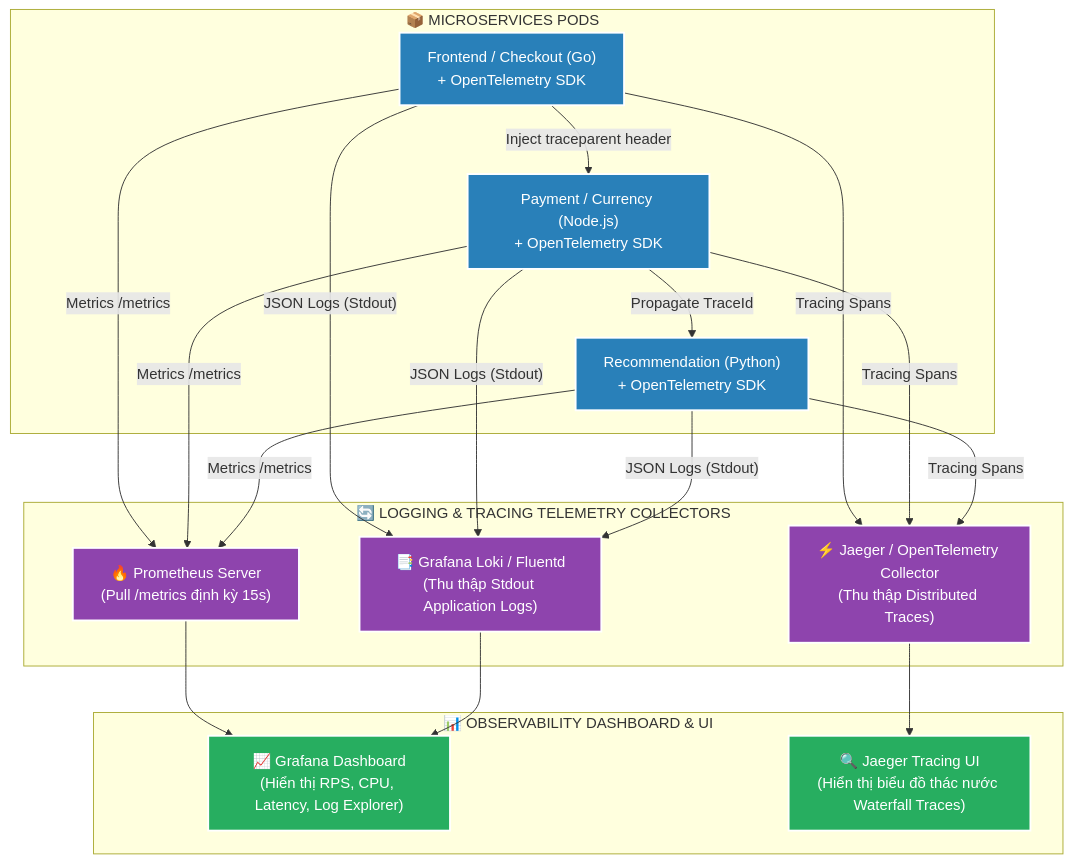
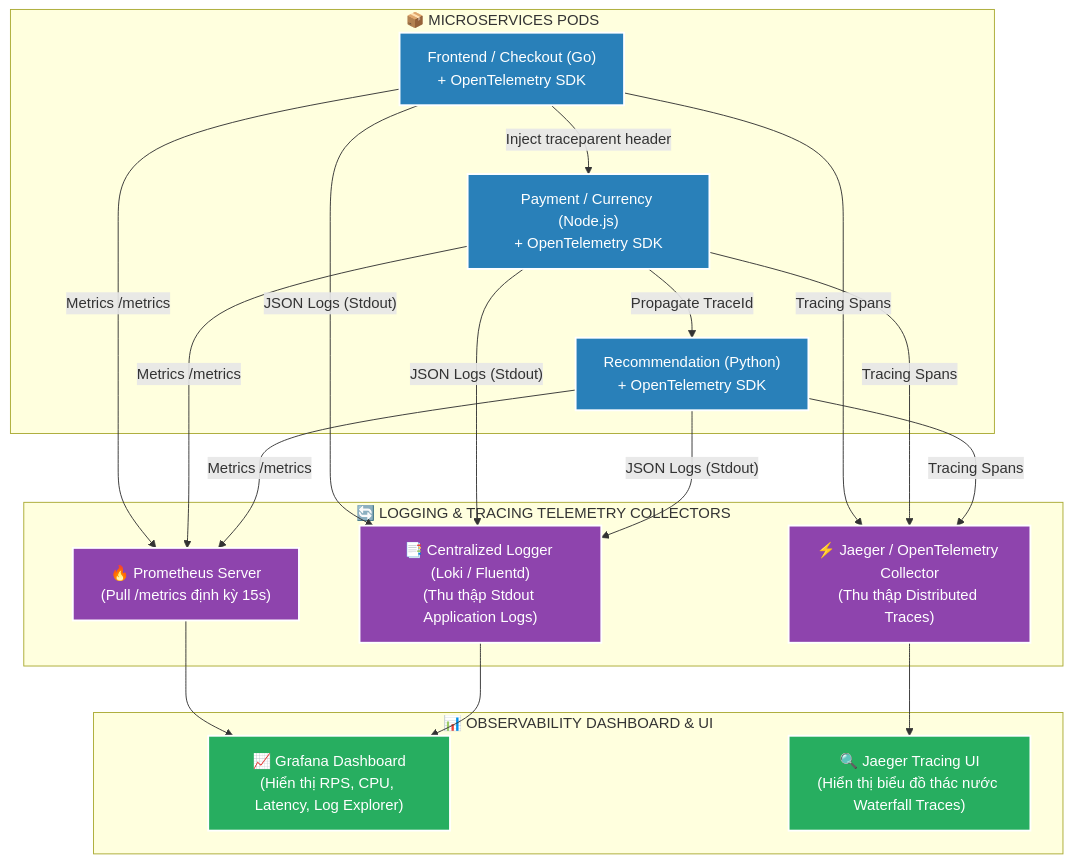
Before and after one commit to Bubusr/FULL_KTPM: the sixth of 8 diagrams in Refine1_5.md, drawn with Mermaid. The commit also changed other lines of this file and 21 other files, not shown here.

````diff
--- a/Refine1_5.md
+++ b/Refine1_5.md
@@ -516,42 +338,42 @@
 ```mermaid
 graph TD
     classDef appStyle fill:#2980b9,stroke:#fff,stroke-width:2px,color:#fff;
     classDef collectorStyle fill:#8e44ad,stroke:#fff,stroke-width:2px,color:#fff;
     classDef uiStyle fill:#27ae60,stroke:#fff,stroke-width:2px,color:#fff;
 
     subgraph APPS["📦 MICROSERVICES PODS"]
         AppGo["Frontend / Checkout (Go)<br>+ OpenTelemetry SDK"]:::appStyle
         AppNode["Payment / Currency (Node.js)<br>+ OpenTelemetry SDK"]:::appStyle
         AppPy["Recommendation (Python)<br>+ OpenTelemetry SDK"]:::appStyle
     end
 
     subgraph COLLECTORS["🔄 LOGGING & TRACING TELEMETRY COLLECTORS"]
         Prom["🔥 Prometheus Server<br>(Pull /metrics định kỳ 15s)"]:::collectorStyle
         Jaeger["⚡ Jaeger / OpenTelemetry Collector<br>(Thu thập Distributed Traces)"]:::collectorStyle
-        Loki["📑 Grafana Loki / Fluentd<br>(Thu thập Stdout Application Logs)"]:::collectorStyle
+        Loki["📑 Centralized Logger (Loki / Fluentd)<br>(Thu thập Stdout Application Logs)"]:::collectorStyle
     end
 
     subgraph VISUALIZATION["📊 OBSERVABILITY DASHBOARD & UI"]
         Grafana["📈 Grafana Dashboard<br>(Hiển thị RPS, CPU, Latency, Log Explorer)"]:::uiStyle
         JaegerUI["🔍 Jaeger Tracing UI<br>(Hiển thị biểu đồ thác nước Waterfall Traces)"]:::uiStyle
     end
 
     AppGo -->|Inject traceparent header| AppNode
     AppNode -->|Propagate TraceId| AppPy
 
     AppGo -- Metrics /metrics --> Prom
     AppNode -- Metrics /metrics --> Prom
     AppPy -- Metrics /metrics --> Prom
 
     AppGo -- Tracing Spans --> Jaeger
     AppNode -- Tracing Spans --> Jaeger
     AppPy -- Tracing Spans --> Jaeger
 
     AppGo -- JSON Logs (Stdout) --> Loki
     AppNode -- JSON Logs (Stdout) --> Loki
     AppPy -- JSON Logs (Stdout) --> Loki
 
     Prom --> Grafana
     Loki --> Grafana
     Jaeger --> JaegerUI
 ```
````
